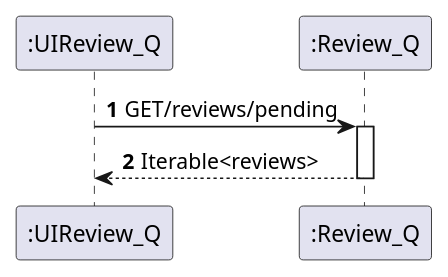
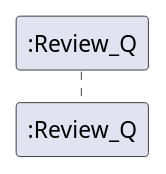
One commit to 1201441BrunoPereira/Trabalho2Reviews changed the diagram in Review1_Q/Documentação/N2/GetPendingReviews.puml. Above: the diagram before and after it, drawn with PlantUML. The commit also changed 8 other files, not shown here.

Commit message:
Atualização Diagramas

```diff
--- a/Review1_Q/Documentação/N2/GetPendingReviews.puml
+++ b/Review1_Q/Documentação/N2/GetPendingReviews.puml
@@ -1,14 +1,11 @@
 @startuml
 'https://plantuml.com/sequence-diagram
 
 autonumber
 
 autoactivate on
 autonumber
 
-participant ":UIReview_Q" as rev
-participant ":Review_Q" as rev1
+participant ":Review_Q" as rev
 
-rev -> rev1: GET/reviews/pending
-rev1 --> rev: Iterable<reviews>
 @enduml
```
